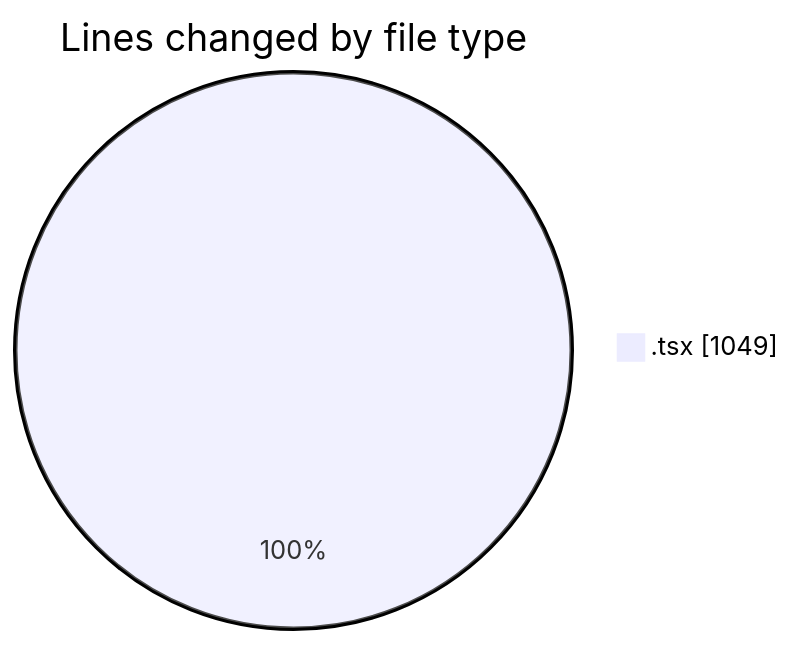
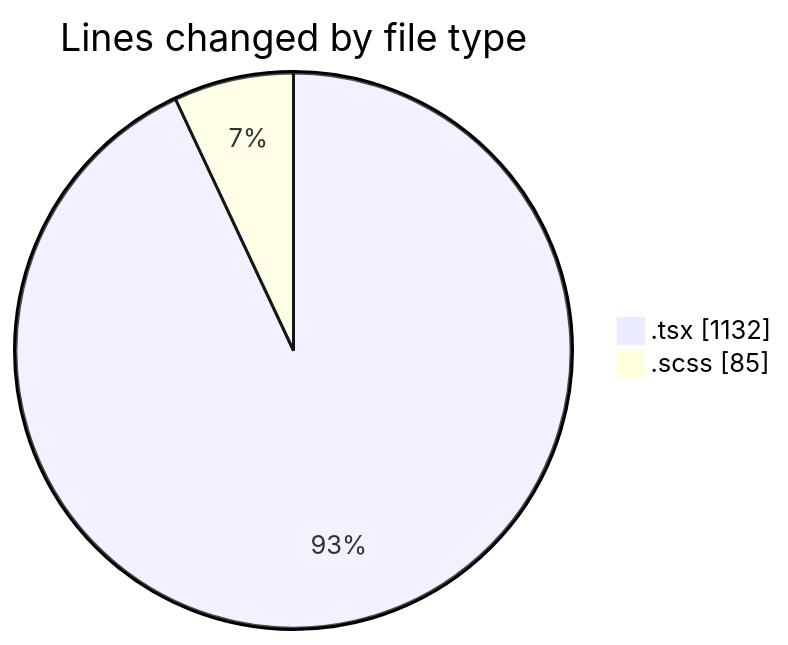
One commit to momahboobian/code-tracking changed the first of 2 diagrams in 2025-06-17/cda/README.md. Above: the diagram before and after it, drawn with Mermaid. The commit also changed other lines of this file and 1 other file, not shown here.

````diff
--- a/2025-06-17/cda/README.md
+++ b/2025-06-17/cda/README.md
@@ -21,5 +23,6 @@
 ```mermaid
 pie showData
 title Lines changed by file type
-".tsx" : 1049
+".tsx" : 1132
+".scss" : 85
 ```
````
